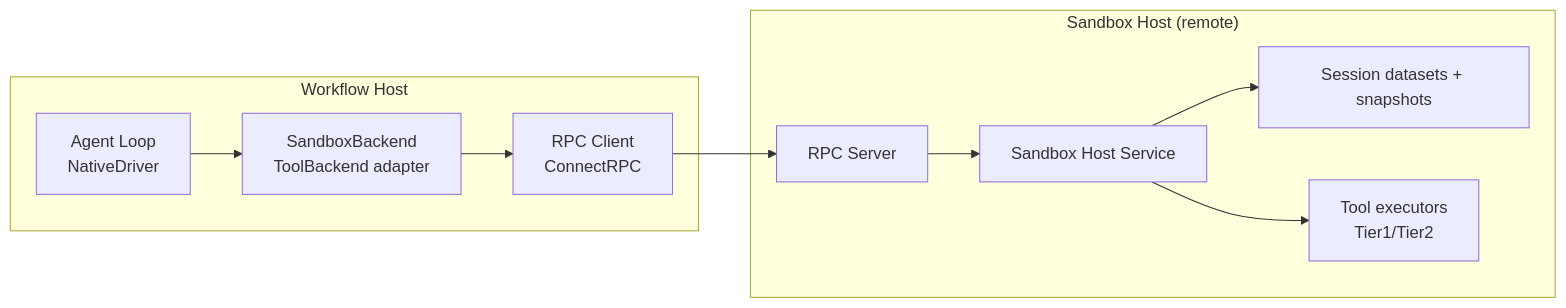
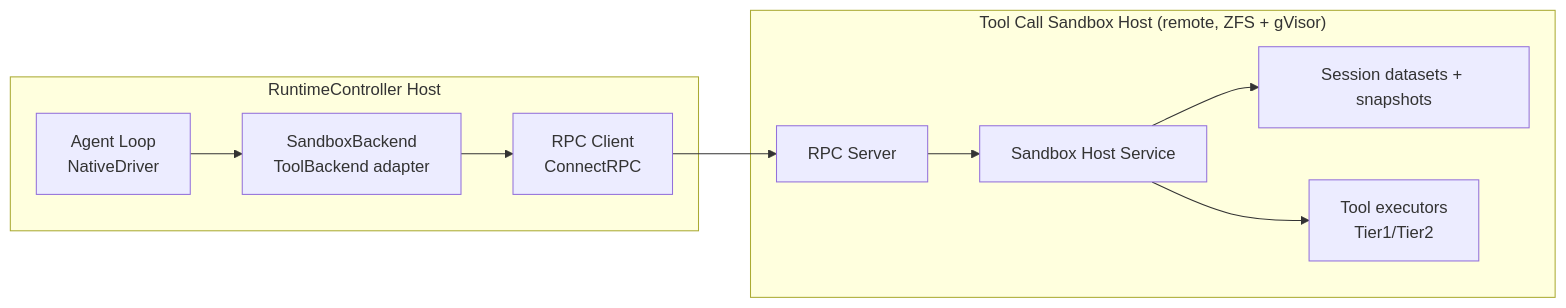
One commit to dcosson/flex-agent-runtime changed the first of 2 diagrams in docs/plans/14-mode3-e2e.md. Above: the diagram before and after it, drawn with Mermaid. The commit also changed other lines of this file and 9 other files, not shown here.

````diff
--- a/docs/plans/14-mode3-e2e.md
+++ b/docs/plans/14-mode3-e2e.md
@@ -32,19 +32,19 @@
 ```mermaid
 graph LR
-    subgraph "Workflow Host"
+    subgraph "RuntimeController Host"
         AG[Agent Loop\nNativeDriver]
         SB[SandboxBackend\nToolBackend adapter]
         RPCC[RPC Client\nConnectRPC]
     end
 
-    subgraph "Sandbox Host (remote)"
+    subgraph "Tool Call Sandbox Host (remote, ZFS + gVisor)"
         RPCS[RPC Server]
         SH[Sandbox Host Service]
         ZFS[Session datasets + snapshots]
         EX[Tool executors\nTier1/Tier2]
     end
 
     AG --> SB --> RPCC --> RPCS --> SH
     SH --> EX
     SH --> ZFS
 ```
````
